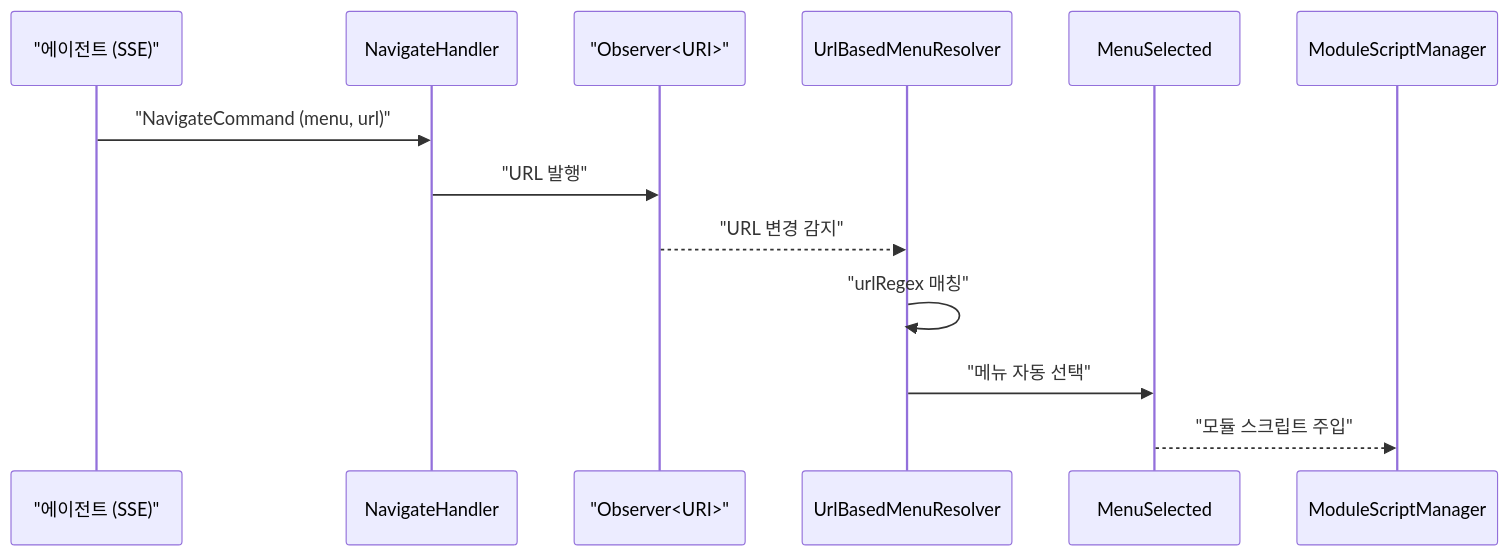
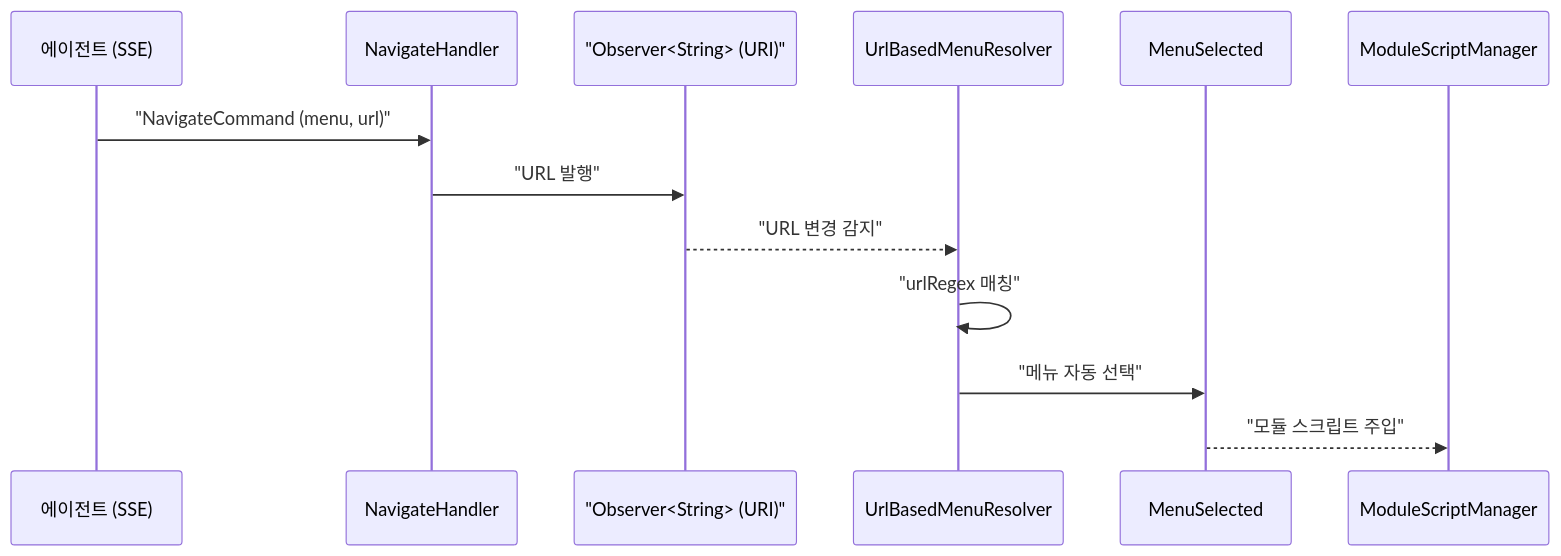
Before and after one commit to sayaya1090/handbook: the second of 6 diagrams in shell-ui/USECASE.md, drawn with Mermaid. The commit also changed other lines of this file and 10 other files, not shown here.

````diff
--- a/shell-ui/USECASE.md
+++ b/shell-ui/USECASE.md
@@ -61,16 +40,16 @@
 ```mermaid
 sequenceDiagram
-    participant Agent as "에이전트 (SSE)"
+    participant Agent as 에이전트 (SSE)
     participant NH as NavigateHandler
-    participant URI as "Observer<URI>"
+    participant URI as "Observer<String> (URI)"
     participant UR as UrlBasedMenuResolver
     participant MS as MenuSelected
     participant MSM as ModuleScriptManager
 
     Agent->>NH: "NavigateCommand (menu, url)"
     NH->>URI: "URL 발행"
     URI-->>UR: "URL 변경 감지"
     UR->>UR: "urlRegex 매칭"
     UR->>MS: "메뉴 자동 선택"
     MS-->>MSM: "모듈 스크립트 주입"
 ```
````
